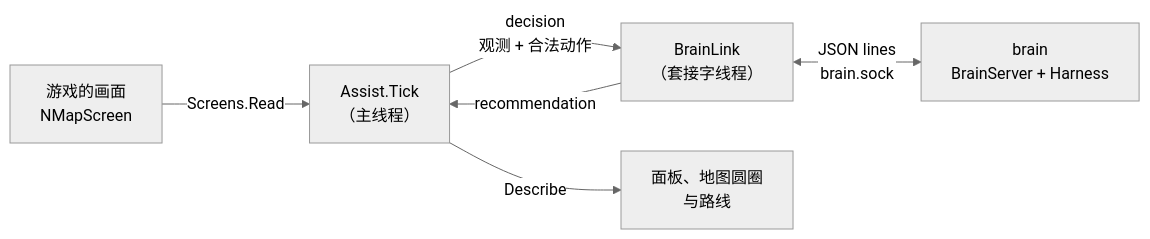
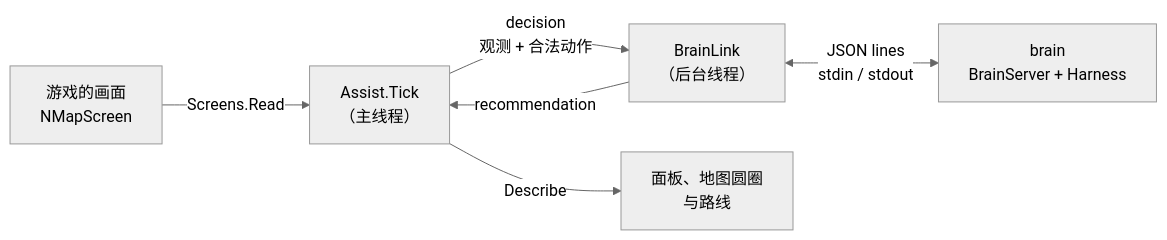
Before and after one commit to shinnku-nikaidou/spire-zero: the diagram in docs/src/content/docs/arch/mod/index.mdx, drawn with Mermaid (neutral theme). The commit also changed other lines of this file and 164 other files, not shown here.

````diff
--- a/docs/src/content/docs/arch/mod/index.mdx
+++ b/docs/src/content/docs/arch/mod/index.mdx
@@ -43,8 +43,8 @@
 ```mermaid
 flowchart LR
   G["游戏的画面<br/>NMapScreen"] -->|"Screens.Read"| A["Assist.Tick<br/>（主线程）"]
-  A -->|"decision<br/>观测 + 合法动作"| L["BrainLink<br/>（套接字线程）"]
-  L <-->|"JSON lines<br/>brain.sock"| B["brain<br/>BrainServer + Harness"]
+  A -->|"decision<br/>观测 + 合法动作"| L["BrainLink<br/>（后台线程）"]
+  L <-->|"JSON lines<br/>stdin / stdout"| B["brain<br/>BrainServer + Harness"]
   L -->|"recommendation"| A
   A -->|"Describe"| P["面板、地图圆圈<br/>与路线"]
 ```
````
